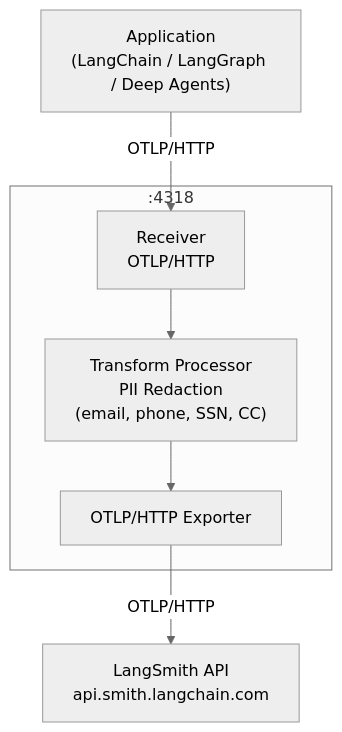
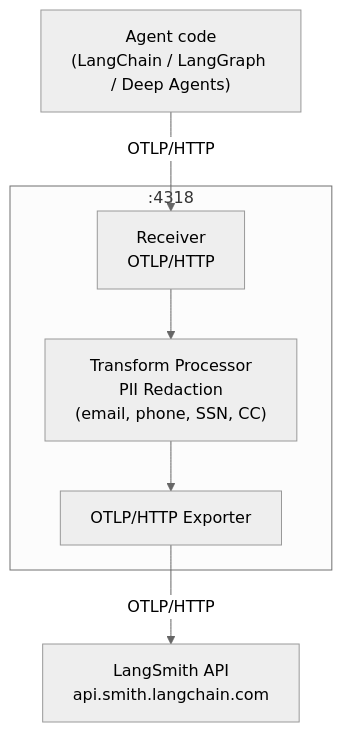
Before and after one commit to Eyre921/ofiicial-developer-docs: the diagram in agent-frameworks/langchain/pages/langsmith/otel-gateway-trace-redaction.md, drawn with Mermaid (neutral theme). The commit also changed other lines of this file and 388 other files, not shown here.

````diff
--- a/agent-frameworks/langchain/pages/langsmith/otel-gateway-trace-redaction.md
+++ b/agent-frameworks/langchain/pages/langsmith/otel-gateway-trace-redaction.md
@@ -13,16 +13,16 @@
 ```mermaid theme={"theme":{"light":"catppuccin-latte","dark":"catppuccin-mocha"}}
 flowchart TD
-    A["Application<br/>(LangChain / LangGraph / Deep Agents)"]
+    A["Agent code<br/>(LangChain / LangGraph / Deep Agents)"]
 
     subgraph collector[":4318"]
         B["Receiver<br/>OTLP/HTTP"]
         C["Transform Processor<br/>PII Redaction<br/>(email, phone, SSN, CC)"]
         D["OTLP/HTTP Exporter"]
         B --> C --> D
     end
 
     E["LangSmith API<br/>api.smith.langchain.com"]
 
     A -->|"OTLP/HTTP"| B
     D -->|"OTLP/HTTP"| E
 ```
````
